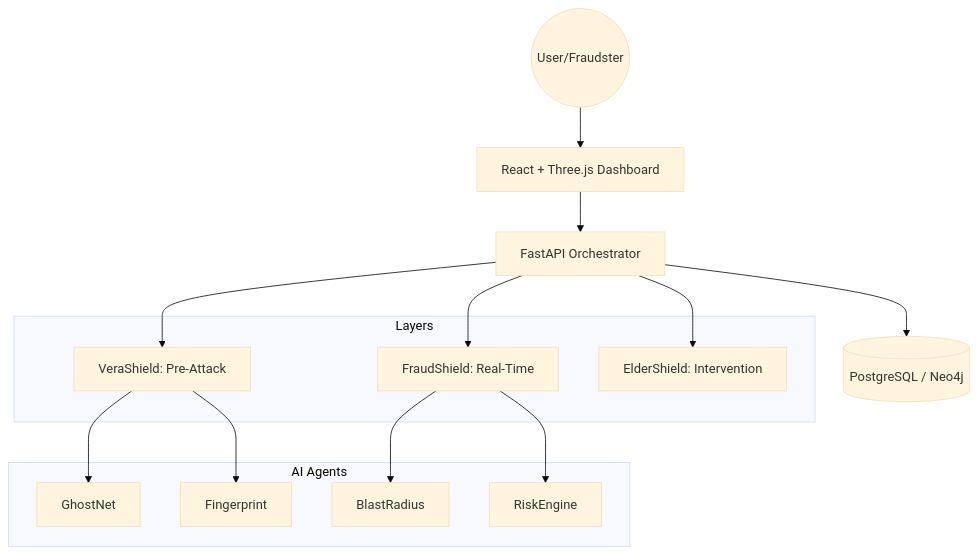
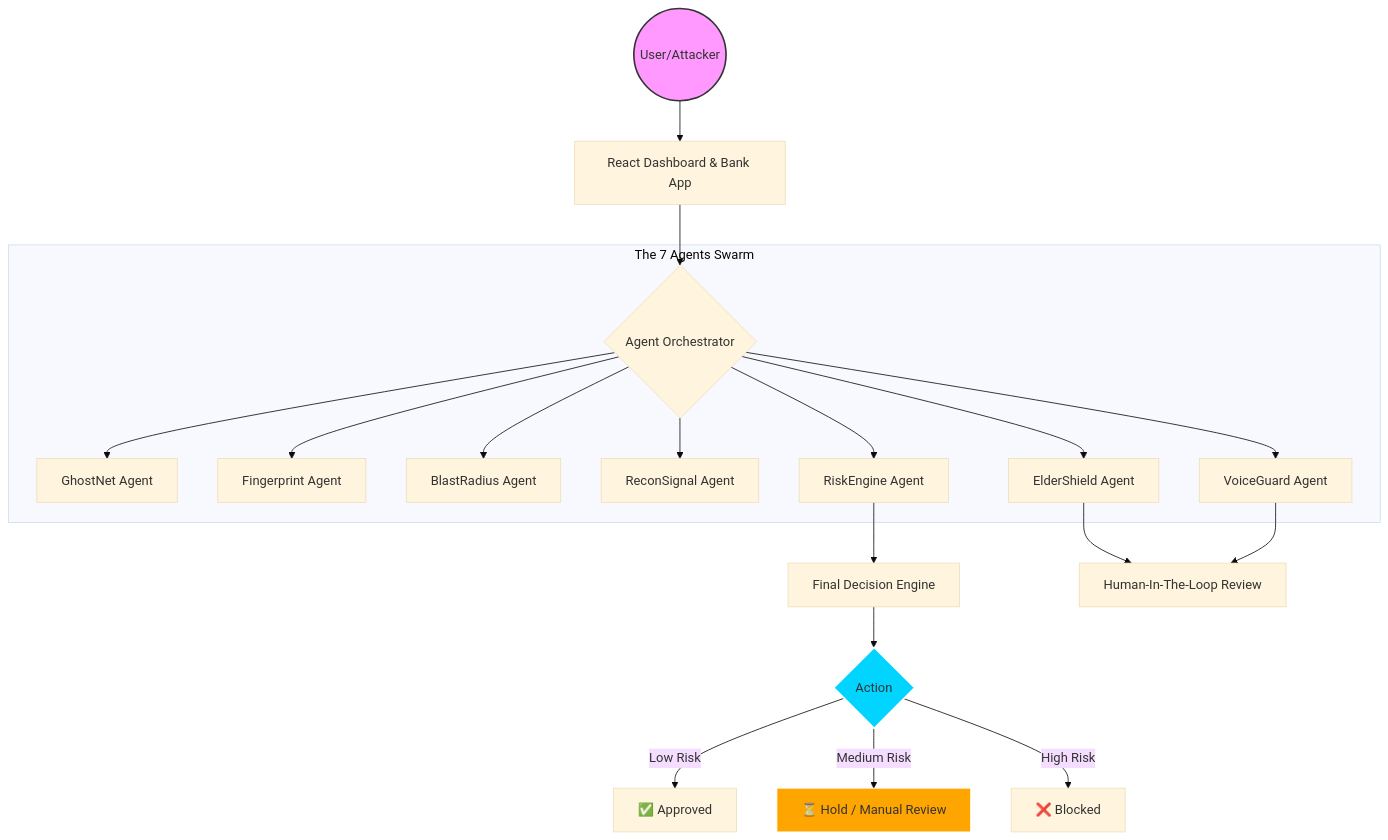
Before and after one commit to penjendru01varun/CyberAegis-AI: the diagram in README.md, drawn with Mermaid (base theme). The commit also changed other lines of this file and 1 other file, not shown here.

Commit message:
docs: upgrade README with premium banner, mermaid architecture, and HITL details

````diff
--- a/README.md
+++ b/README.md
@@ -55,27 +28,28 @@
 ```mermaid
 graph TD
-    User((User/Fraudster)) --> Frontend[React + Three.js Dashboard]
-    Frontend --> API[FastAPI Orchestrator]
+    User((User/Attacker)) --> Frontend[React Dashboard & Bank App]
+    Frontend --> Orchestrator{Agent Orchestrator}
     
-    subgraph Layers
-        Layer1[VeraShield: Pre-Attack]
-        Layer2[FraudShield: Real-Time]
-        Layer3[ElderShield: Intervention]
+    subgraph "The 7 Agents Swarm"
+        Orchestrator --> A1[GhostNet Agent]
+        Orchestrator --> A2[Fingerprint Agent]
+        Orchestrator --> A3[BlastRadius Agent]
+        Orchestrator --> A4[ReconSignal Agent]
+        Orchestrator --> A5[RiskEngine Agent]
+        Orchestrator --> A6[ElderShield Agent]
+        Orchestrator --> A7[VoiceGuard Agent]
     end
     
-    API --> Layer1
-    API --> Layer2
-    API --> Layer3
+    A5 --> Decision[Final Decision Engine]
+    A6 --> HITL[Human-In-The-Loop Review]
+    A7 --> HITL
     
-    subgraph AI Agents
-        A1[GhostNet]
-        A2[Fingerprint]
-        A3[BlastRadius]
-        A4[RiskEngine]
-    end
+    Decision --> Action{Action}
+    Action -->|Low Risk| Approve[✅ Approved]
+    Action -->|Medium Risk| Hold[⏳ Hold / Manual Review]
+    Action -->|High Risk| Block[❌ Blocked]
     
-    Layer1 --> A1 & A2
-    Layer2 --> A3 & A4
-    
-    API --> DB[(PostgreSQL / Neo4j)]
+    style User fill:#f9f,stroke:#333,stroke-width:2px
+    style Action fill:#00D4FF,stroke:#fff,stroke-width:2px
+    style Hold fill:#FFA500,stroke:#fff
 ```
````
